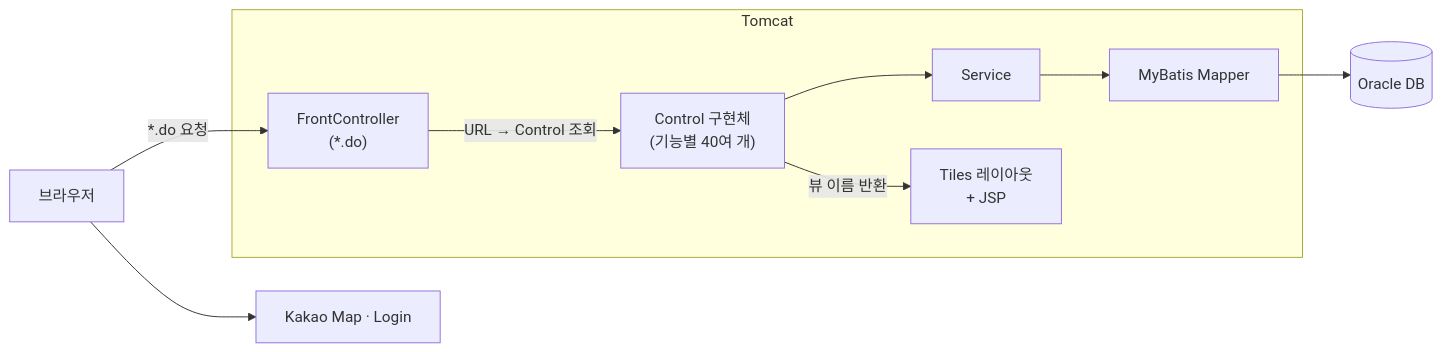
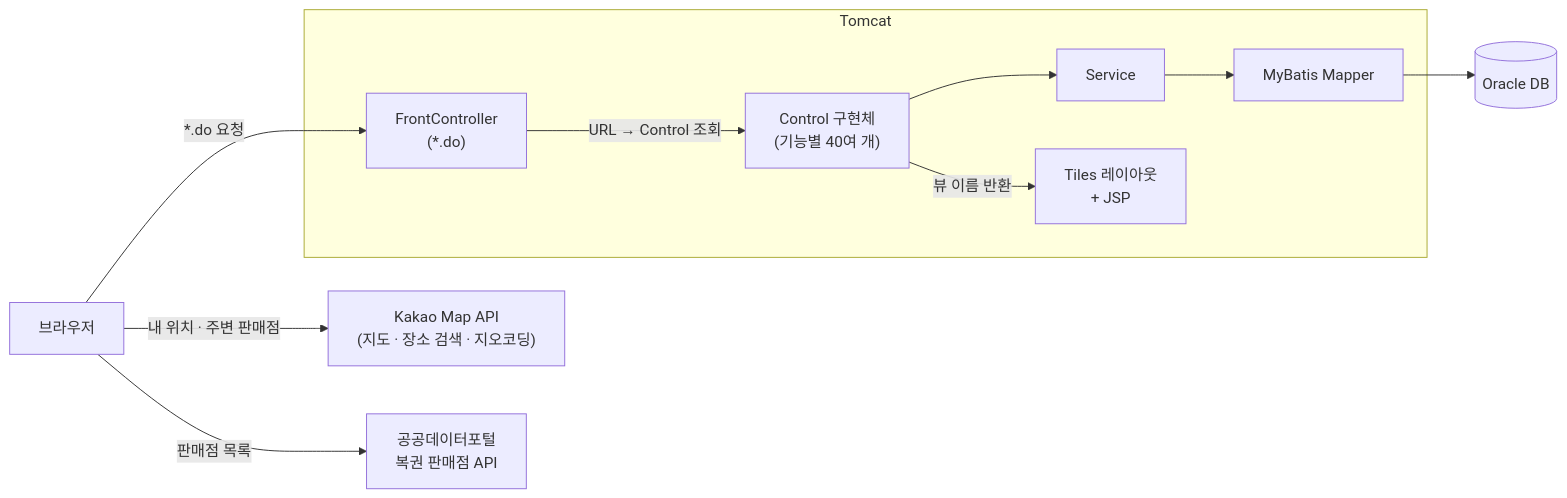
The diagram in README.md (sunghyeon0073/Y-LotteryRoom), drawn with Mermaid before and after one commit. The commit also changed other lines of this file, not shown here.

First line of the commit message:
docs: README 담당 역할을 게시판·판매점 지도 기능으로 수정

````diff
--- a/README.md
+++ b/README.md
@@ -61,22 +61,24 @@
 ```mermaid
 flowchart LR
     Browser["브라우저"]
 
     subgraph WAS["Tomcat"]
         FC["FrontController<br/>(*.do)"]
         Ctrl["Control 구현체<br/>(기능별 40여 개)"]
         Svc["Service"]
         Mapper["MyBatis Mapper"]
         Tiles["Tiles 레이아웃<br/>+ JSP"]
         FC -- "URL → Control 조회" --> Ctrl
         Ctrl --> Svc --> Mapper
         Ctrl -- "뷰 이름 반환" --> Tiles
     end
 
     DB[("Oracle DB")]
-    Kakao["Kakao Map · Login"]
+    Kakao["Kakao Map API<br/>(지도 · 장소 검색 · 지오코딩)"]
+    OpenAPI["공공데이터포털<br/>복권 판매점 API"]
 
     Browser -- "*.do 요청" --> FC
     Mapper --> DB
-    Browser --> Kakao
+    Browser -- "내 위치 · 주변 판매점" --> Kakao
+    Browser -- "판매점 목록" --> OpenAPI
 ```
````
